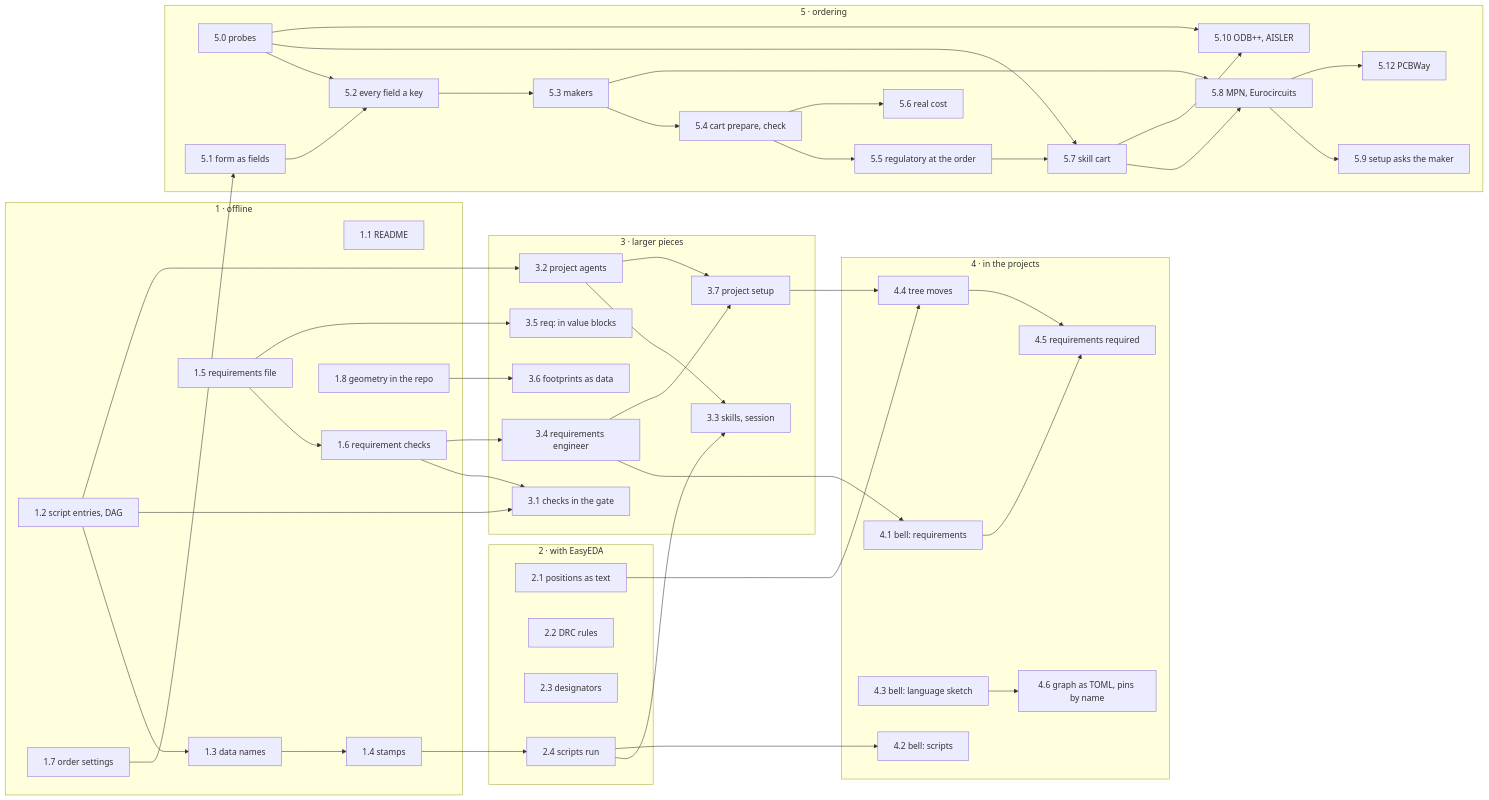
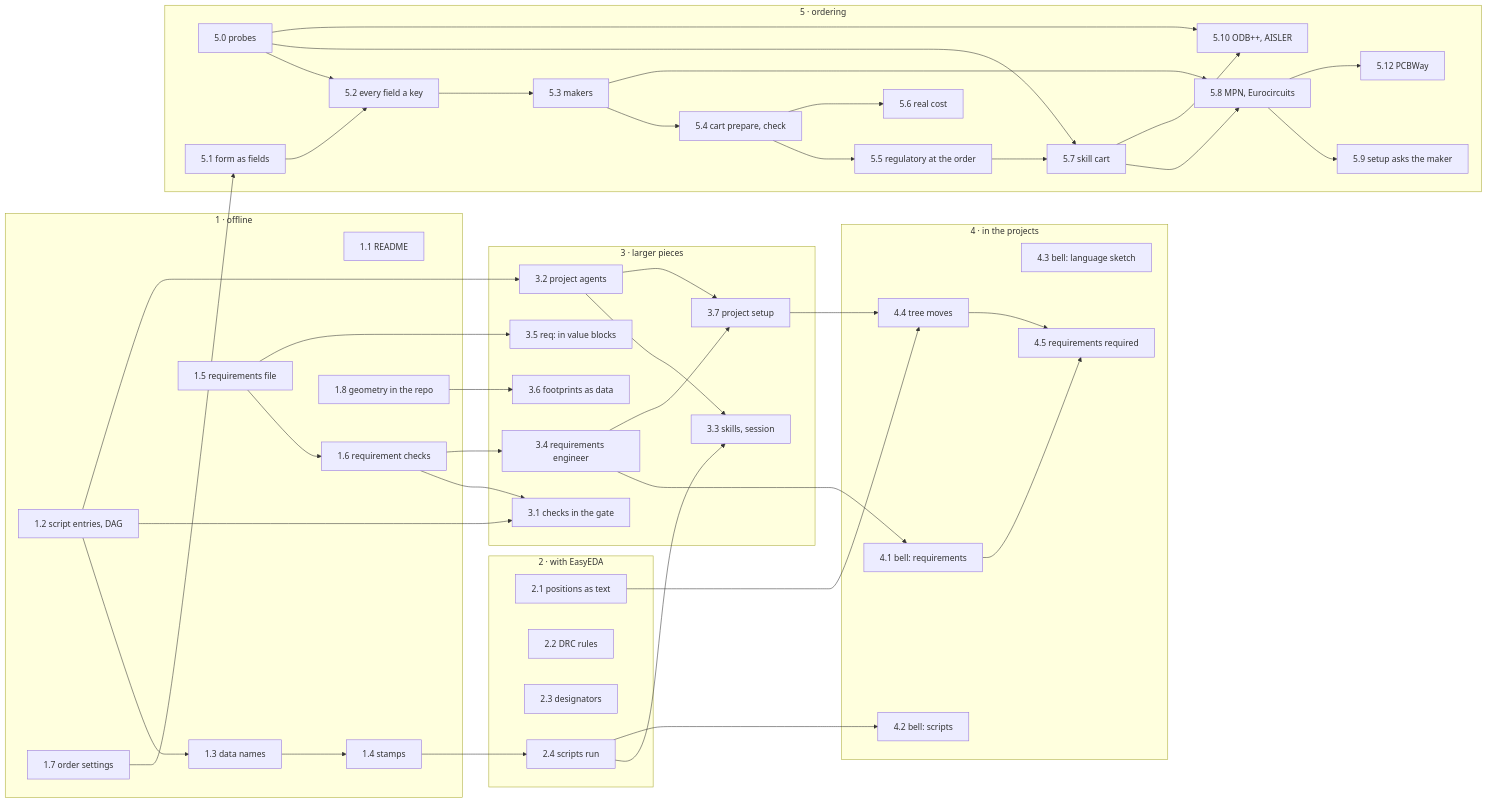
Before and after one commit to tgd1975/edakit: the diagram in docs/concepts/new/implementation-plan.md, drawn with Mermaid. The commit also changed other lines of this file and 3 other files, not shown here.

````diff
--- a/docs/concepts/new/implementation-plan.md
+++ b/docs/concepts/new/implementation-plan.md
@@ -80,68 +79,66 @@
 ```mermaid
 flowchart LR
   subgraph P1["1 · offline"]
     s11["1.1 README"]
     s12["1.2 script entries, DAG"] --> s13["1.3 data names"] --> s14["1.4 stamps"]
     s15["1.5 requirements file"] --> s16["1.6 requirement checks"]
     s17["1.7 order settings"]
     s18["1.8 geometry in the repo"]
   end
   subgraph P2["2 · with EasyEDA"]
     s21["2.1 positions as text"]
     s22["2.2 DRC rules"]
     s23["2.3 designators"]
     s24["2.4 scripts run"]
   end
   subgraph P3["3 · larger pieces"]
     s31["3.1 checks in the gate"]
     s32["3.2 project agents"]
     s33["3.3 skills, session"]
     s34["3.4 requirements engineer"]
     s35["3.5 req: in value blocks"]
     s36["3.6 footprints as data"]
     s37["3.7 project setup"]
   end
   subgraph P4["4 · in the projects"]
     s41["4.1 bell: requirements"]
     s42["4.2 bell: scripts"]
     s43["4.3 bell: language sketch"]
     s44["4.4 tree moves"]
     s45["4.5 requirements required"]
-    s46["4.6 graph as TOML, pins by name"]
   end
   subgraph P5["5 · ordering"]
     s50["5.0 probes"]
     s51["5.1 form as fields"] --> s52["5.2 every field a key"] --> s53["5.3 makers"] --> s54["5.4 cart prepare, check"]
     s54 --> s55["5.5 regulatory at the order"]
     s54 --> s56["5.6 real cost"]
     s57["5.7 skill cart"]
     s58["5.8 MPN, Eurocircuits"]
     s59["5.9 setup asks the maker"]
     s510["5.10 ODB++, AISLER"]
     s512["5.12 PCBWay"]
   end
   s14 --> s24 --> s33
   s12 --> s31
   s16 --> s31
   s12 --> s32 --> s33
   s16 --> s34 --> s41
   s15 --> s35
   s18 --> s36
   s24 --> s42
   s32 --> s37
   s34 --> s37
   s21 --> s44
   s37 --> s44
   s41 --> s45
   s44 --> s45
-  s43 --> s46
   s50 --> s52
   s50 --> s57
   s55 --> s57
   s53 --> s58
   s57 --> s58 --> s59
   s50 --> s510
   s57 --> s510
   s58 --> s512
   s17 --> s51
 ```
````
